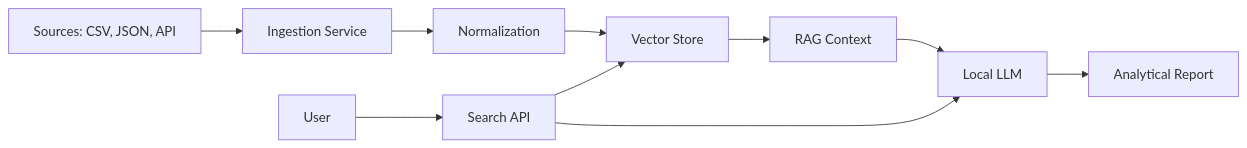
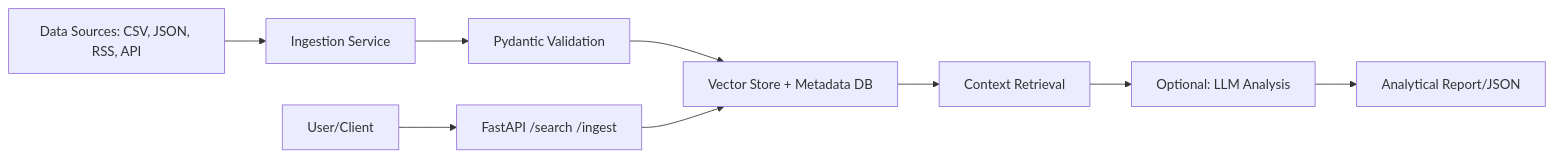
One commit to russo2100/EventHorizon changed the diagram in README.md. Above: the diagram before and after it, drawn with Mermaid. The commit also changed other lines of this file, not shown here.

````diff
--- a/README.md
+++ b/README.md
@@ -41,12 +36,11 @@
 ```mermaid
 graph LR
-    Input[Sources: CSV, JSON, API] --> Ingest[Ingestion Service]
-    Ingest --> Norm[Normalization]
-    Norm --> Index[Vector Store]
-    User --> API[Search API]
-    API --> Index
-    API --> LLM[Local LLM]
-    Index --> Context[RAG Context]
-    Context --> LLM
-    LLM --> Report[Analytical Report]
+    Sources[Data Sources: CSV, JSON, RSS, API] --> Ingest[Ingestion Service]
+    Ingest --> Validate[Pydantic Validation]
+    Validate --> Store[Vector Store + Metadata DB]
+    User[User/Client] --> API[FastAPI /search /ingest]
+    API --> Store
+    Store --> Retrieval[Context Retrieval]
+    Retrieval --> LLM[Optional: LLM Analysis]
+    LLM --> Report[Analytical Report/JSON]
 ```
````
